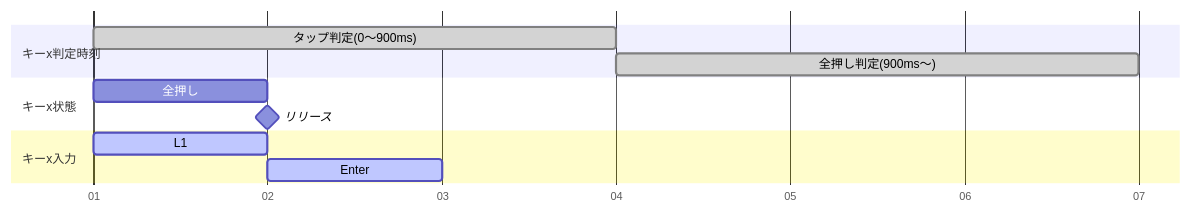
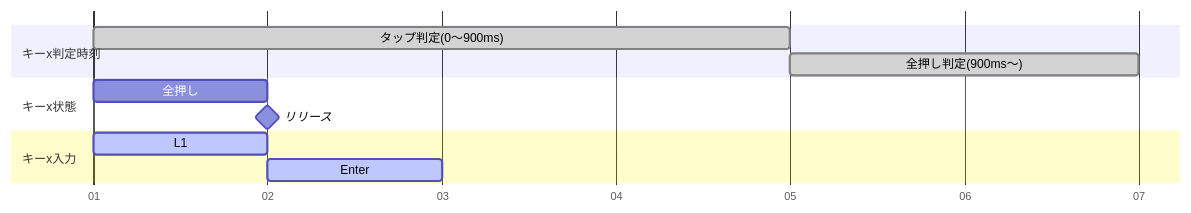
One commit to zbn10/MOKA changed the fifth of 7 diagrams in README.md. Above: the diagram before and after it, drawn with Mermaid. The commit also changed other lines of this file, not shown here.

````diff
--- a/README.md
+++ b/README.md
@@ -232,16 +235,16 @@
 ```mermaid
 %%{init: {'gantt': {'todayMarker': 'off'}}}%%
 gantt
     dateFormat DD
     axisFormat %d
     tickInterval 1day
     section キーx判定時刻
-        タップ判定(0～900ms) :done, a1, 01, 3d
-        全押し判定(900ms～) :done, a2, after a1, 3d
+        タップ判定(0～900ms) :done, a1, 01, 4d
+        全押し判定(900ms～) :done, a2, after a1, 2d
     section キーx状態
         全押し        :b1, 01, 1d
         リリース       :milestone, b2, after b1, 0d
     section キーx入力
         L1            :active, c1, 01, 1d
         Enter         :active, c2, after b1, 1d
 ```
````
